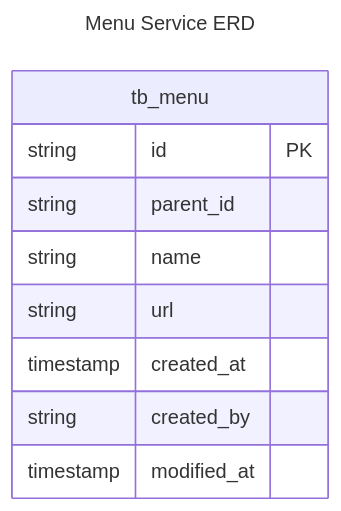
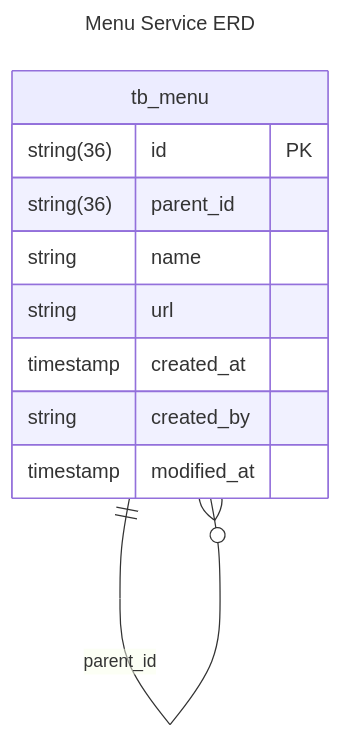
One commit to KalGookSoo/springboot-msa changed the second of 2 diagrams in menu/README.md. Above: the diagram before and after it, drawn with Mermaid. The commit also changed 2 other files, not shown here.

Commit message:
docs: README.md 수정 ERD 컬럼 명세 및 관계 설명 수정

````diff
--- a/menu/README.md
+++ b/menu/README.md
@@ -55,15 +55,16 @@
 ```mermaid
 ---
 title: Menu Service ERD
 ---
 erDiagram
     tb_menu {
-        string id PK
-        string parent_id
+        string(36) id PK
+        string(36) parent_id
         string name
         string url
         timestamp created_at
         string created_by
         timestamp modified_at
     }
+    tb_menu ||--o{ tb_menu : parent_id
 ```
````
